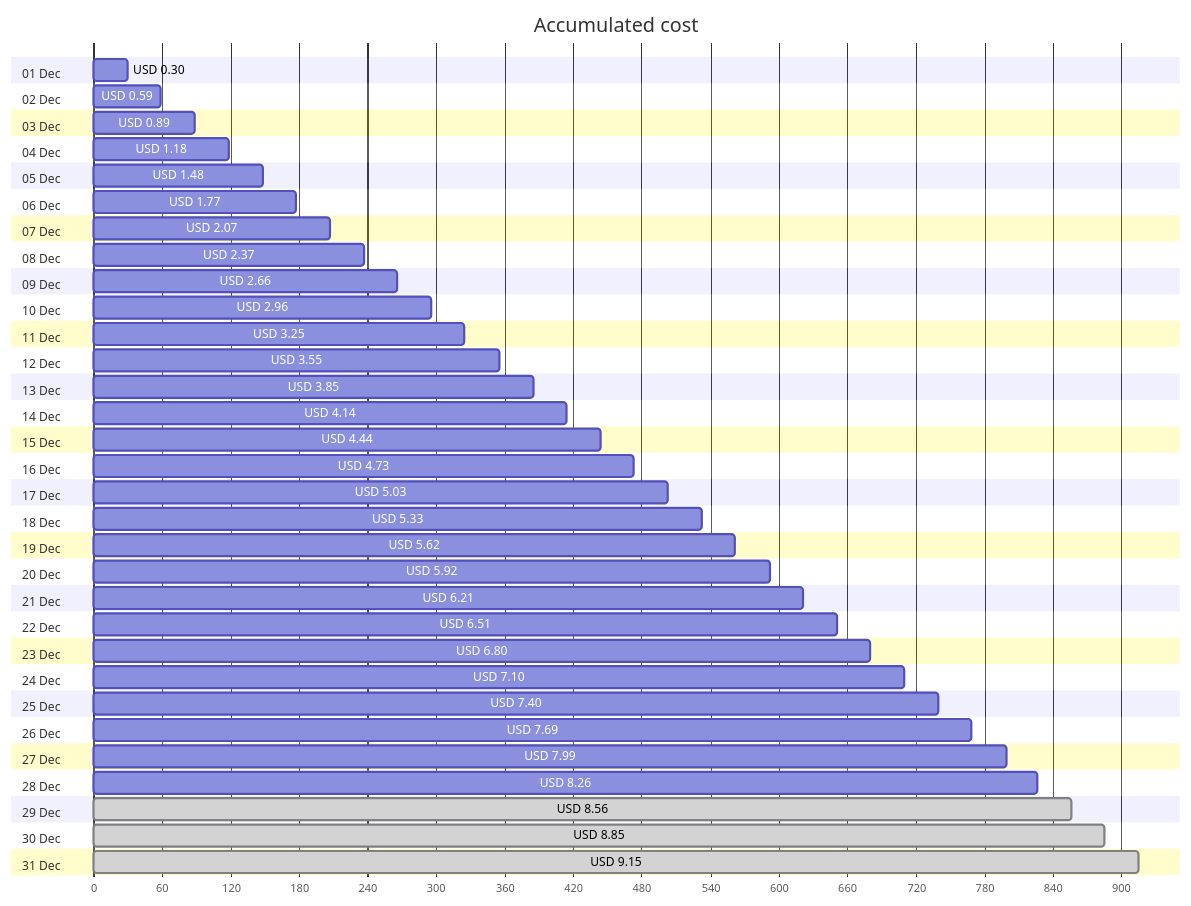
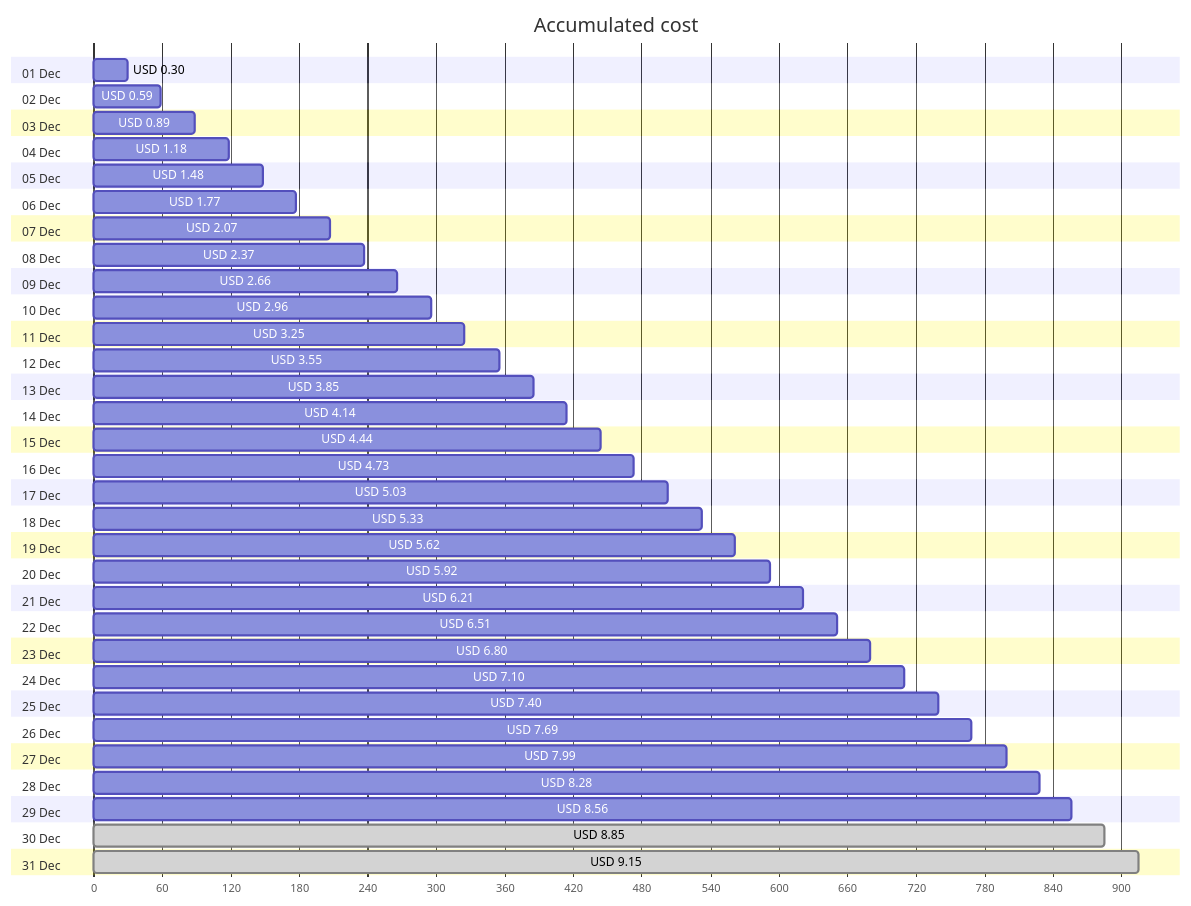
One commit to jpfulton/azure-personal-reports changed the first of 4 diagrams in cost-reports/personal-site/personal-site-preview.md. Above: the diagram before and after it, drawn with Mermaid. The commit also changed other lines of this file and 6 other files, not shown here.

````diff
--- a/cost-reports/personal-site/personal-site-preview.md
+++ b/cost-reports/personal-site/personal-site-preview.md
@@ -20,68 +20,68 @@
 ```mermaid
 gantt
    title Accumulated cost
    dateFormat  X
    axisFormat %s
    section 01 Dec
    USD 0.30 :0, 30
    section 02 Dec
    USD 0.59 :0, 59
    section 03 Dec
    USD 0.89 :0, 89
    section 04 Dec
    USD 1.18 :0, 118
    section 05 Dec
    USD 1.48 :0, 148
    section 06 Dec
    USD 1.77 :0, 177
    section 07 Dec
    USD 2.07 :0, 207
    section 08 Dec
    USD 2.37 :0, 237
    section 09 Dec
    USD 2.66 :0, 266
    section 10 Dec
    USD 2.96 :0, 296
    section 11 Dec
    USD 3.25 :0, 325
    section 12 Dec
    USD 3.55 :0, 355
    section 13 Dec
    USD 3.85 :0, 385
    section 14 Dec
    USD 4.14 :0, 414
    section 15 Dec
    USD 4.44 :0, 444
    section 16 Dec
    USD 4.73 :0, 473
    section 17 Dec
    USD 5.03 :0, 503
    section 18 Dec
    USD 5.33 :0, 533
    section 19 Dec
    USD 5.62 :0, 562
    section 20 Dec
    USD 5.92 :0, 592
    section 21 Dec
    USD 6.21 :0, 621
    section 22 Dec
    USD 6.51 :0, 651
    section 23 Dec
    USD 6.80 :0, 680
    section 24 Dec
    USD 7.10 :0, 710
    section 25 Dec
    USD 7.40 :0, 740
    section 26 Dec
    USD 7.69 :0, 769
    section 27 Dec
    USD 7.99 :0, 799
    section 28 Dec
-   USD 8.26 :0, 826
+   USD 8.28 :0, 828
    section 29 Dec
-   USD 8.56 : done, 0, 856
+   USD 8.56 :0, 856
    section 30 Dec
    USD 8.85 : done, 0, 885
    section 31 Dec
    USD 9.15 : done, 0, 915
 ```
````
